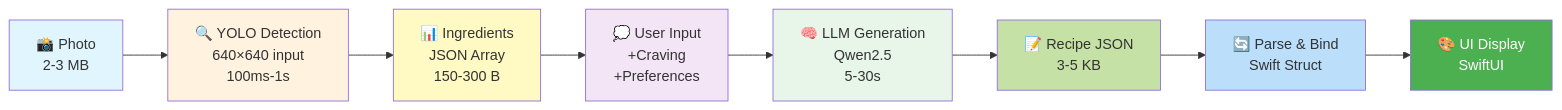
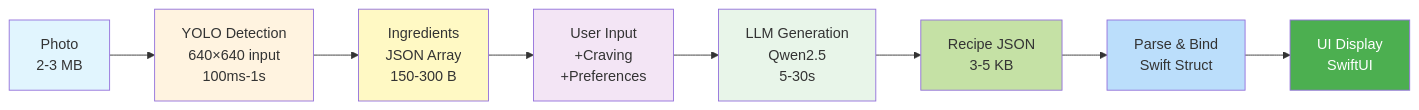
Diagram 11 of 14 in architecture-mermaid.md (Jessi0803/kitchen_assistant), drawn with Mermaid before and after one commit. The commit also changed other lines of this file, not shown here.

Commit message:
Remove all emoji from data flow diagrams and step-by-step breakdown

````diff
--- a/architecture-mermaid.md
+++ b/architecture-mermaid.md
@@ -476,25 +476,25 @@
 ```mermaid
 graph LR
-    Photo[📸 Photo<br/>2-3 MB] --> Detection[🔍 YOLO Detection<br/>640×640 input<br/>100ms-1s]
+    Photo[Photo<br/>2-3 MB] --> Detection[YOLO Detection<br/>640×640 input<br/>100ms-1s]
     
-    Detection --> Ingredients[📊 Ingredients<br/>JSON Array<br/>150-300 B]
+    Detection --> Ingredients[Ingredients<br/>JSON Array<br/>150-300 B]
     
-    Ingredients --> Input[💭 User Input<br/>+Craving<br/>+Preferences]
+    Ingredients --> Input[User Input<br/>+Craving<br/>+Preferences]
     
-    Input --> LLM[🧠 LLM Generation<br/>Qwen2.5<br/>5-30s]
+    Input --> LLM[LLM Generation<br/>Qwen2.5<br/>5-30s]
     
-    LLM --> Recipe[📝 Recipe JSON<br/>3-5 KB]
+    LLM --> Recipe[Recipe JSON<br/>3-5 KB]
     
-    Recipe --> Parse[🔄 Parse & Bind<br/>Swift Struct]
+    Recipe --> Parse[Parse & Bind<br/>Swift Struct]
     
-    Parse --> UI[🎨 UI Display<br/>SwiftUI]
+    Parse --> UI[UI Display<br/>SwiftUI]
     
     style Photo fill:#e1f5fe
     style Detection fill:#fff3e0
     style Ingredients fill:#fff9c4
     style Input fill:#f3e5f5
     style LLM fill:#e8f5e9
     style Recipe fill:#c5e1a5
     style Parse fill:#bbdefb
     style UI fill:#4caf50,color:#fff
 ```
````
